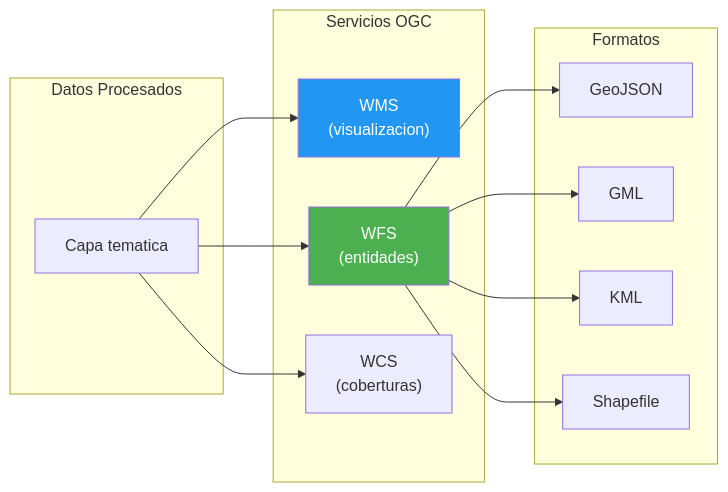
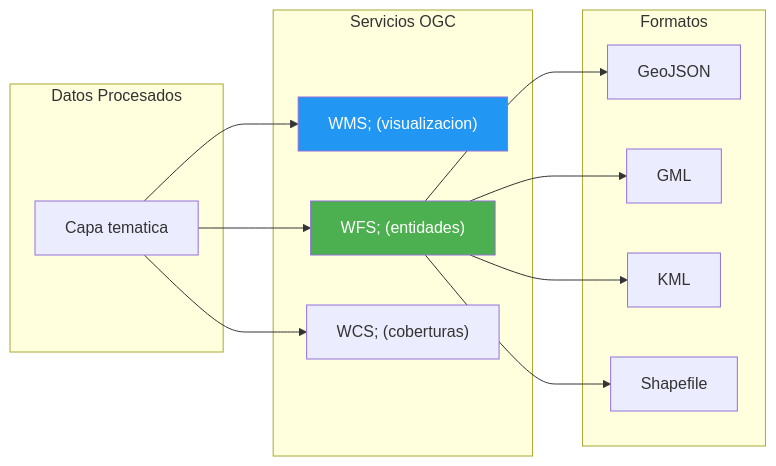
The third of 7 diagrams in KNOWLEDGE/gn/kb/bpmn-geoespacial-ide.md (felix-antonio-sl/kora), drawn with Mermaid before and after one commit. The commit also changed other lines of this file and 1034 other files, not shown here.

````diff
--- a/KNOWLEDGE/gn/kb/bpmn-geoespacial-ide.md
+++ b/KNOWLEDGE/gn/kb/bpmn-geoespacial-ide.md
@@ -129,25 +139,25 @@
 ```mermaid
 flowchart LR
-    subgraph CAPAS["Datos Procesados"]
-        A["Capa tematica"]
-    end
+ subgraph CAPAS["Datos Procesados"]
+ A["Capa tematica"]
+ end
 
-    subgraph SERVICIOS["Servicios OGC"]
-        B["WMS<br/>(visualizacion)"]
-        C["WFS<br/>(entidades)"]
-        D["WCS<br/>(coberturas)"]
-    end
+ subgraph SERVICIOS["Servicios OGC"]
+ B["WMS; (visualizacion)"]
+ C["WFS; (entidades)"]
+ D["WCS; (coberturas)"]
+ end
 
-    subgraph FORMATOS["Formatos"]
-        E["GeoJSON"]
-        F["GML"]
-        G["KML"]
-        H["Shapefile"]
-    end
+ subgraph FORMATOS["Formatos"]
+ E["GeoJSON"]
+ F["GML"]
+ G["KML"]
+ H["Shapefile"]
+ end
 
-    A --> B & C & D
-    C --> E & F & G & H
+ A --> B & C & D
+ C --> E & F & G & H
 
-    style B fill:#2196F3,color:#fff
-    style C fill:#4CAF50,color:#fff
+ style B fill:#2196F3,color:#fff
+ style C fill:#4CAF50,color:#fff
 ```
````
